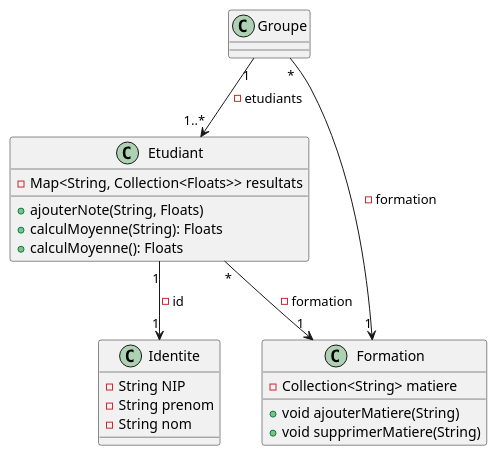
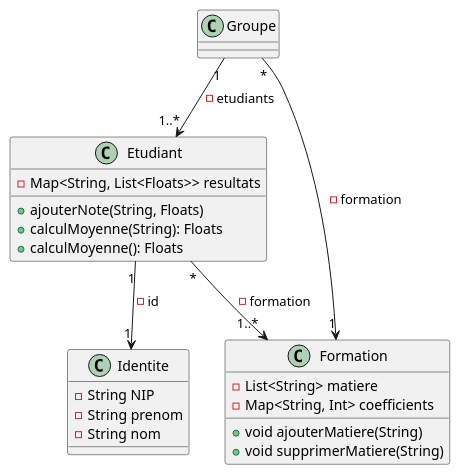
The diagram in uml/tp2/exo3/Exo_3_Diagrame_de_class.puml (the-exercise-iut-charlemage/CPOA-TP1-2), drawn with PlantUML before and after one commit. The commit also changed 3 other files, not shown here.

Commit message:
Edit uml and start code for Formation

```diff
--- a/uml/tp2/exo3/Exo_3_Diagrame_de_class.puml
+++ b/uml/tp2/exo3/Exo_3_Diagrame_de_class.puml
@@ -1,31 +1,32 @@
 @startuml
 
 class Etudiant {
-    -Map<String, Collection<Floats>> resultats
+    -Map<String, List<Floats>> resultats
     + ajouterNote(String, Floats)
     + calculMoyenne(String): Floats
     + calculMoyenne(): Floats
 }
 
 class Identite {
     -String NIP
     -String prenom
     -String nom
 }
 
 class Formation {
-    -Collection<String> matiere
+    -List<String> matiere
+    -Map<String, Int> coefficients
     +void ajouterMatiere(String)
     +void supprimerMatiere(String)
 }
 
 class Groupe {
 }
 
 Etudiant "1" --> "1" Identite : - id
-Etudiant "*" --> "1" Formation : - formation
+Etudiant "*" --> "1..*" Formation : - formation
 Groupe "1" --> "1..*" Etudiant : - etudiants
 Groupe "*" --> "1" Formation : - formation
 
 
 @enduml
```
